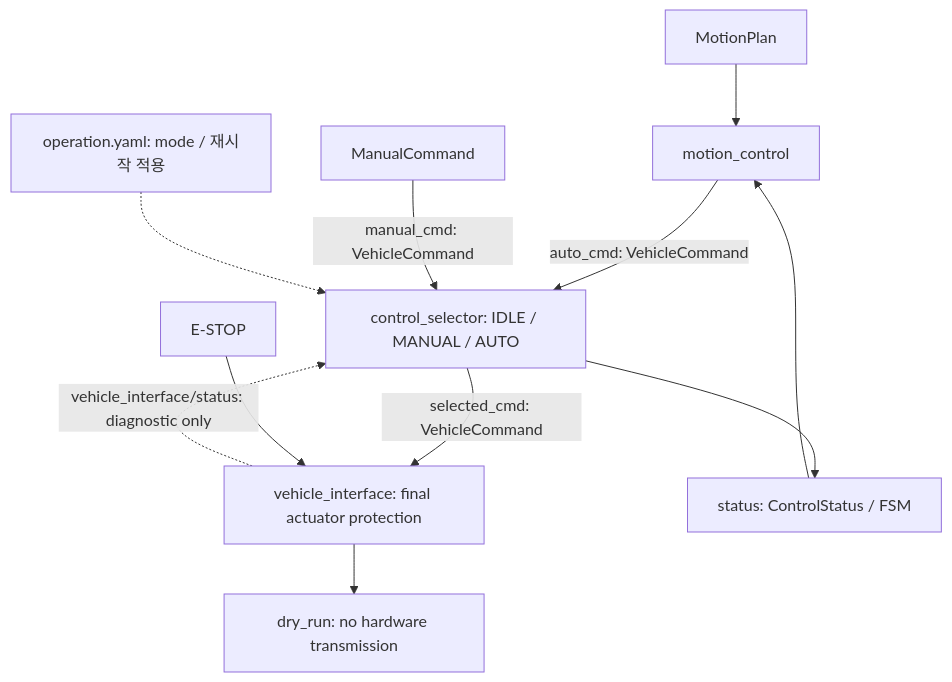
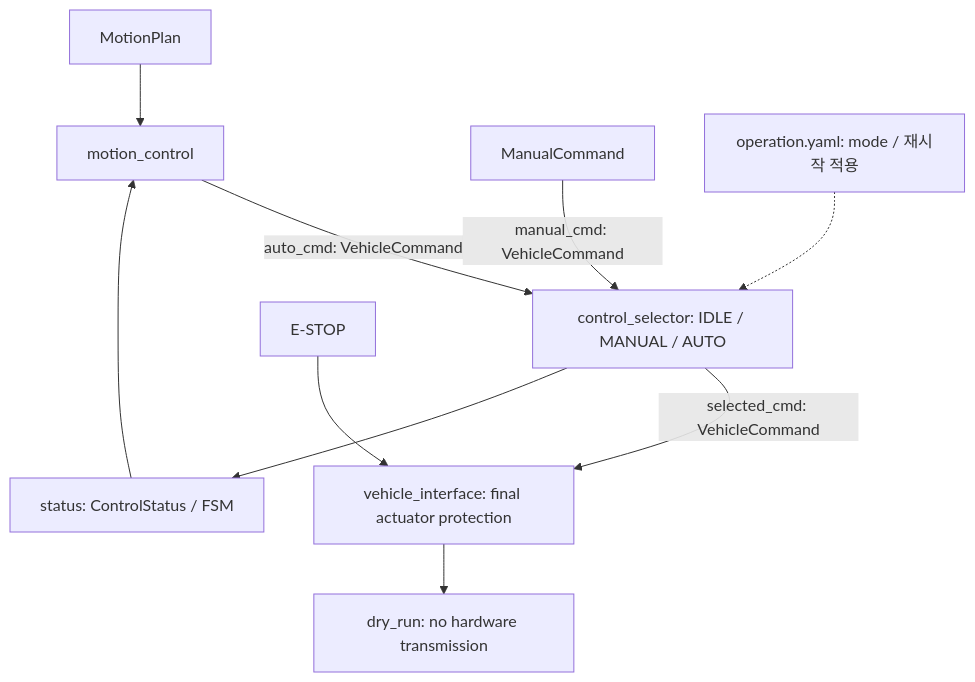
One commit to planta223/control_manager changed the diagram in doc/command_path.md. Above: the diagram before and after it, drawn with Mermaid. The commit also changed other lines of this file and 17 other files, not shown here.

````diff
--- a/doc/command_path.md
+++ b/doc/command_path.md
@@ -6,13 +6,12 @@
 ```mermaid
 flowchart TD
   MP[MotionPlan] --> MC[motion_control]
   MC -->|auto_cmd: VehicleCommand| CS[control_selector: IDLE / MANUAL / AUTO]
   MAN[ManualCommand] -->|manual_cmd: VehicleCommand| CS
   MODE[operation.yaml: mode / 재시작 적용] -.-> CS
   CS -->|selected_cmd: VehicleCommand| VI[vehicle_interface: final actuator protection]
   ES[E-STOP] --> VI
   VI --> DRY[dry_run: no hardware transmission]
-  VI -.->|vehicle_interface/status: diagnostic only| CS
   CS --> ST[status: ControlStatus / FSM]
   ST --> MC
 ```
````
